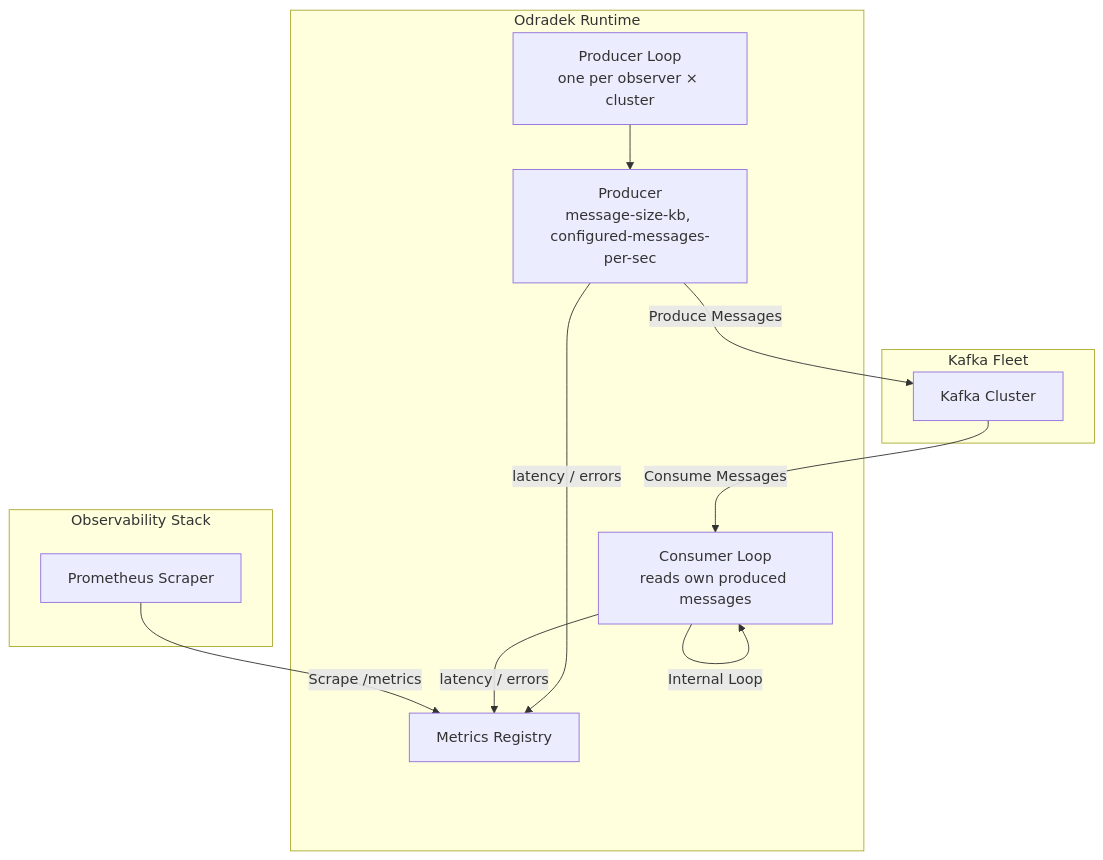
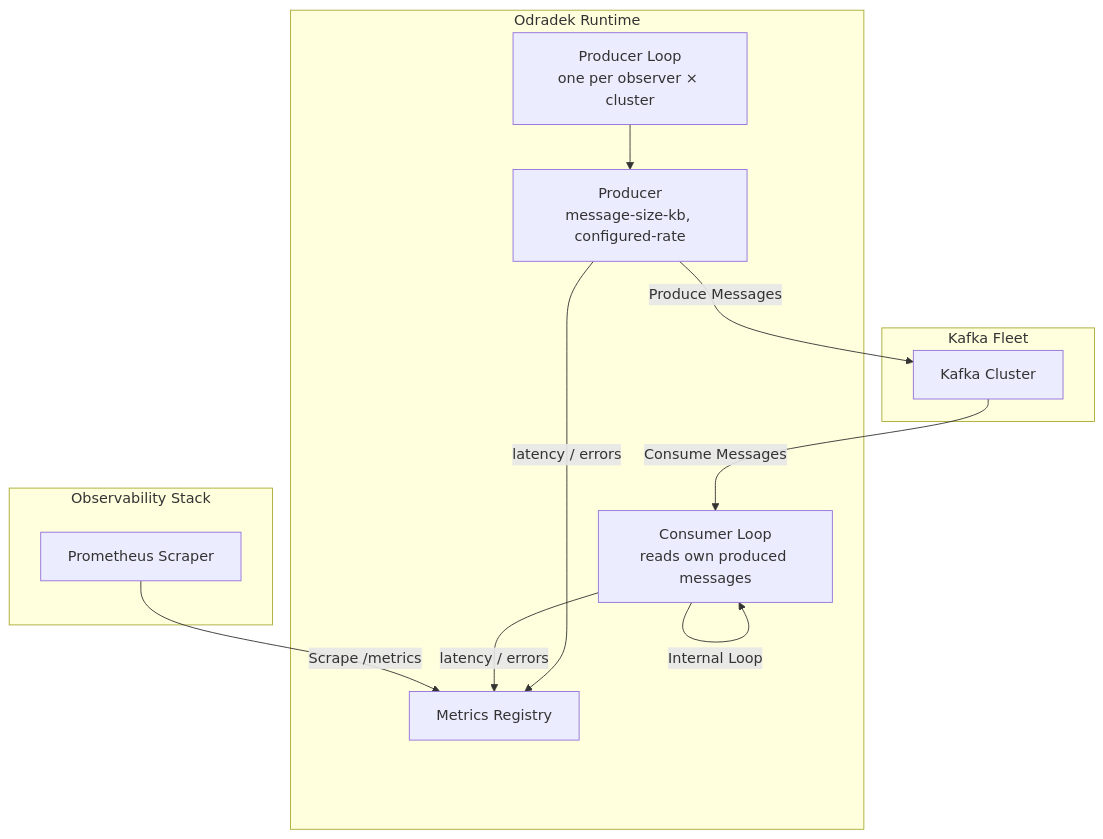
One commit to KafkaMetamorphosis/docs changed the diagram in 005-odradek/005-odradek.md. Above: the diagram before and after it, drawn with Mermaid. The commit also changed other lines of this file and 3 other files, not shown here.

````diff
--- a/005-odradek/005-odradek.md
+++ b/005-odradek/005-odradek.md
@@ -101,26 +111,26 @@
 ```mermaid
 graph TD
     subgraph KafkaFleet["Kafka Fleet"]
         Kafka["Kafka Cluster"]
     end
 
     subgraph ObservabilityStack["Observability Stack"]
         Prometheus["Prometheus Scraper"]
     end
 
     subgraph Odradek["Odradek Runtime"]
         ObserverLoop["Producer Loop<br>one per observer × cluster"]
-        Producer["Producer<br>message-size-kb, configured-messages-per-sec"]
+        Producer["Producer<br>message-size-kb, configured-rate"]
         Consumer["Consumer Loop<br>reads own produced messages"]
         Metrics["Metrics Registry"]
     end
 
     ObserverLoop --> Producer
     Consumer -->|"Internal Loop"| Consumer
     Producer -->|"Produce Messages"| Kafka
     Kafka -->|"Consume Messages"| Consumer
     Producer -->|"latency / errors"| Metrics
     Consumer -->|"latency / errors"| Metrics
 
     Prometheus -->|"Scrape /metrics"| Metrics
 ```
````
